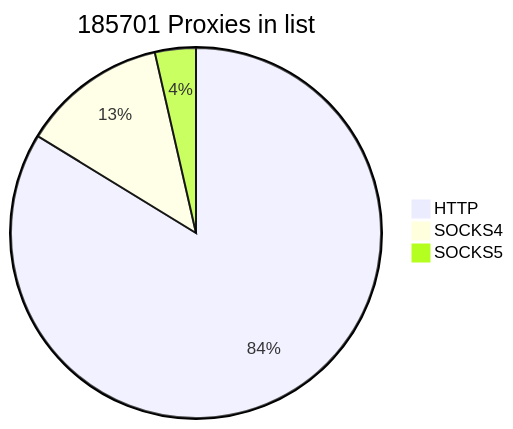
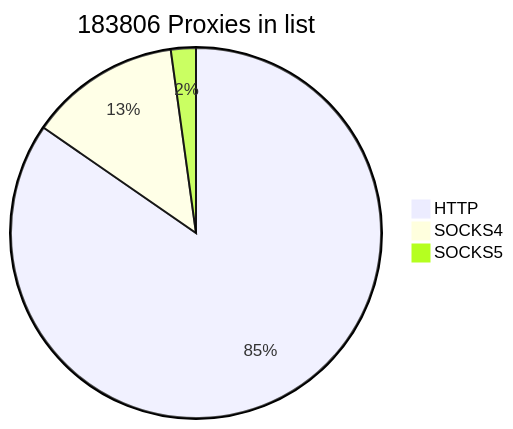
One commit to cutipu/proxylist changed the first of 2 diagrams in README.md. Above: the diagram before and after it, drawn with Mermaid. The commit also changed other lines of this file, not shown here.

````diff
--- a/README.md
+++ b/README.md
@@ -2,7 +2,7 @@
 ```mermaid
-pie title 185701 Proxies in list
-    "HTTP" : 155524
-    "SOCKS4" : 23546
-    "SOCKS5" : 6631
+pie title 183806 Proxies in list
+    "HTTP" : 155550
+    "SOCKS4" : 24245
+    "SOCKS5" : 4011
             
 ```
````
